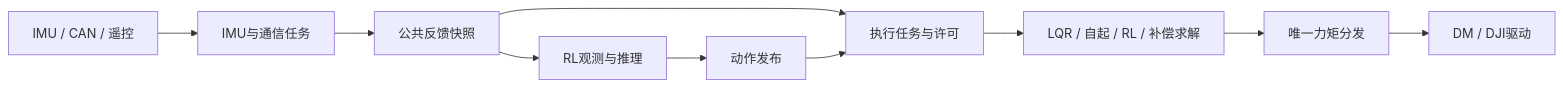
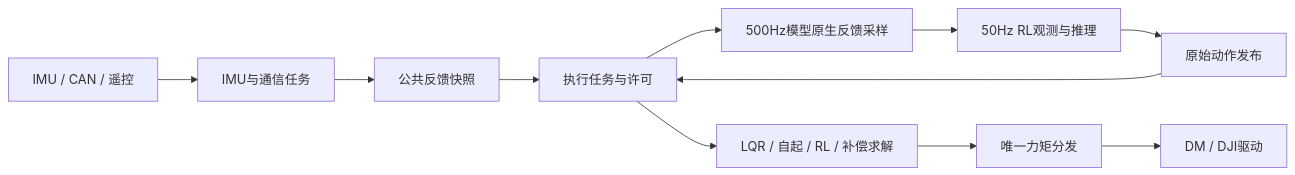
The diagram in md/file-guide.md (ynzz33/CtrBoard-H7_ALL), drawn with Mermaid before and after one commit. The commit also changed other lines of this file and 51 other files, not shown here.

````diff
--- a/md/file-guide.md
+++ b/md/file-guide.md
@@ -42,12 +63,13 @@
 ```mermaid
 flowchart LR
     Sensors[IMU / CAN / 遥控] --> Prepare[IMU与通信任务]
     Prepare --> Snapshot[公共反馈快照]
-    Snapshot --> Policy[RL观测与推理]
-    Policy --> Action[动作发布]
     Snapshot --> Act[执行任务与许可]
+    Act --> Sample[500Hz模型原生反馈采样]
+    Sample --> Policy[50Hz RL观测与推理]
+    Policy --> Action[原始动作发布]
     Action --> Act
     Act --> Solve[LQR / 自起 / RL / 补偿求解]
     Solve --> Dispatch[唯一力矩分发]
     Dispatch --> Motors[DM / DJI驱动]
 ```
````
